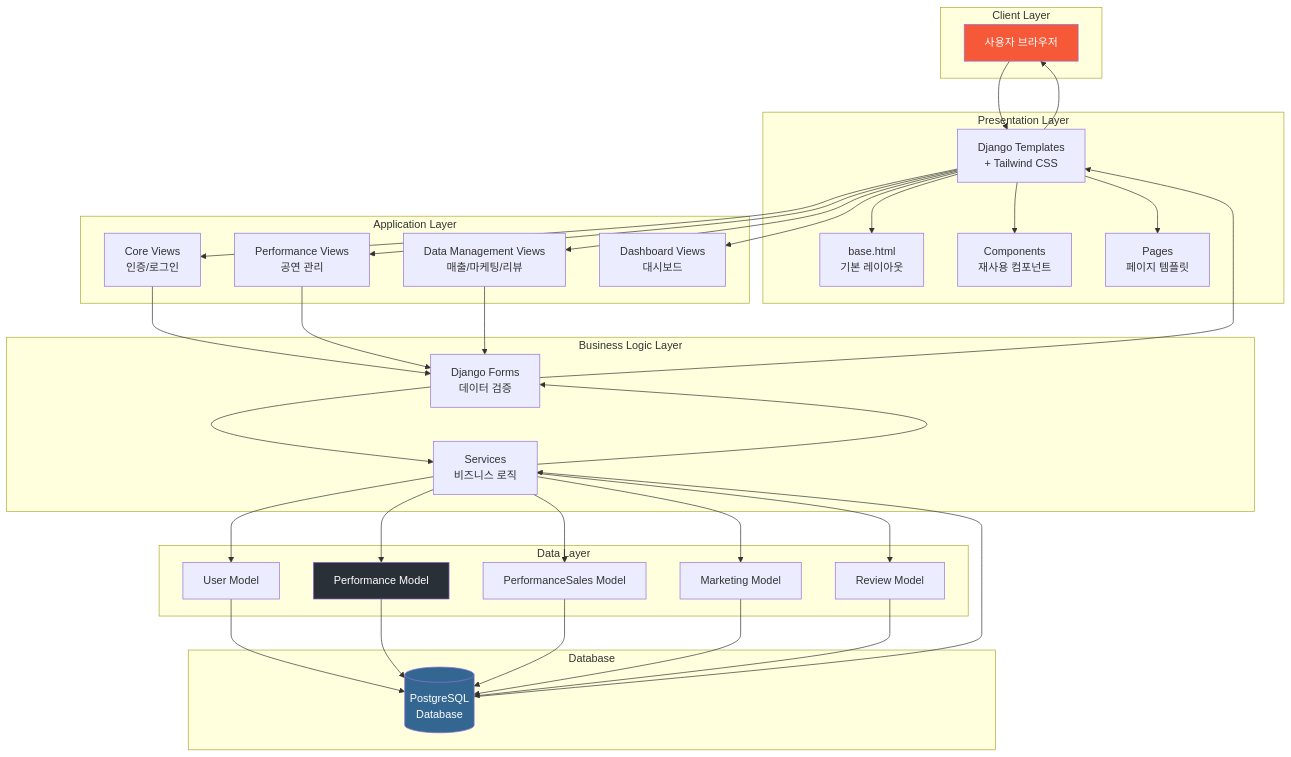
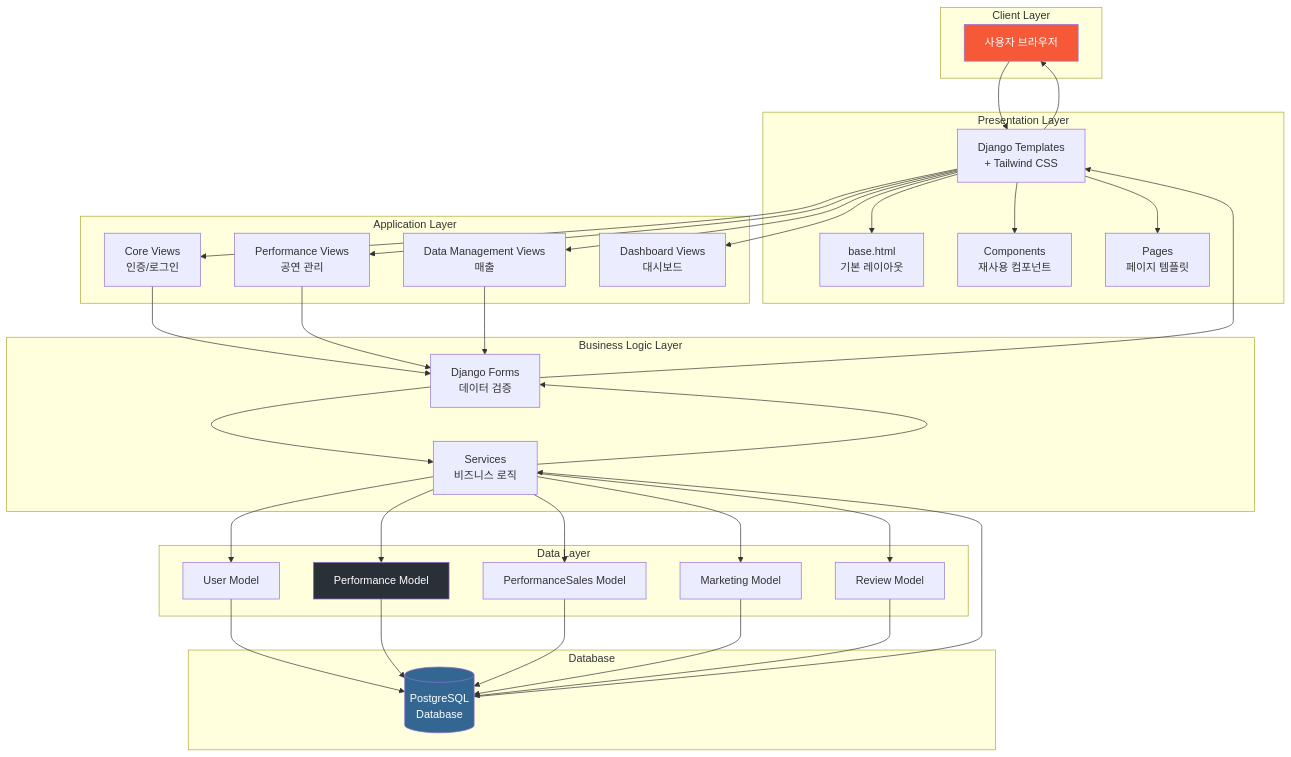
One commit to jwlee-ticket/library_ai changed the first of 4 diagrams in docs/development-guide.md. Above: the diagram before and after it, drawn with Mermaid. The commit also changed other lines of this file and 12 other files, not shown here.

````diff
--- a/docs/development-guide.md
+++ b/docs/development-guide.md
@@ -302,73 +300,73 @@
 ```mermaid
 graph TB
     subgraph "Client Layer"
         User[사용자 브라우저]
     end
     
     subgraph "Presentation Layer"
         Templates[Django Templates<br/>+ Tailwind CSS]
         Base[base.html<br/>기본 레이아웃]
         Components[Components<br/>재사용 컴포넌트]
         Pages[Pages<br/>페이지 템플릿]
         
         Templates --> Base
         Templates --> Components
         Templates --> Pages
     end
     
     subgraph "Application Layer"
         CoreViews[Core Views<br/>인증/로그인]
         PerfViews[Performance Views<br/>공연 관리]
-        DataViews[Data Management Views<br/>매출/마케팅/리뷰]
+        DataViews[Data Management Views<br/>매출]
         DashViews[Dashboard Views<br/>대시보드]
     end
     
     subgraph "Business Logic Layer"
         Forms[Django Forms<br/>데이터 검증]
         Services[Services<br/>비즈니스 로직]
     end
     
     subgraph "Data Layer"
         UserModel[User Model]
         PerfModel[Performance Model]
         SalesModel[PerformanceSales Model]
         MarketingModel[Marketing Model]
         ReviewModel[Review Model]
     end
     
     subgraph "Database"
         PostgreSQL[(PostgreSQL<br/>Database)]
     end
     
     User --> Templates
     Templates --> CoreViews
     Templates --> PerfViews
     Templates --> DataViews
     Templates --> DashViews
     
     CoreViews --> Forms
     PerfViews --> Forms
     DataViews --> Forms
     
     Forms --> Services
     Services --> UserModel
     Services --> PerfModel
     Services --> SalesModel
     Services --> MarketingModel
     Services --> ReviewModel
     
     UserModel --> PostgreSQL
     PerfModel --> PostgreSQL
     SalesModel --> PostgreSQL
     MarketingModel --> PostgreSQL
     ReviewModel --> PostgreSQL
     
     PostgreSQL --> Services
     Services --> Forms
     Forms --> Templates
     Templates --> User
     
     style User fill:#f65938,color:#fff
     style PostgreSQL fill:#336791,color:#fff
     style PerfModel fill:#2a3038,color:#fff
 ```
````
